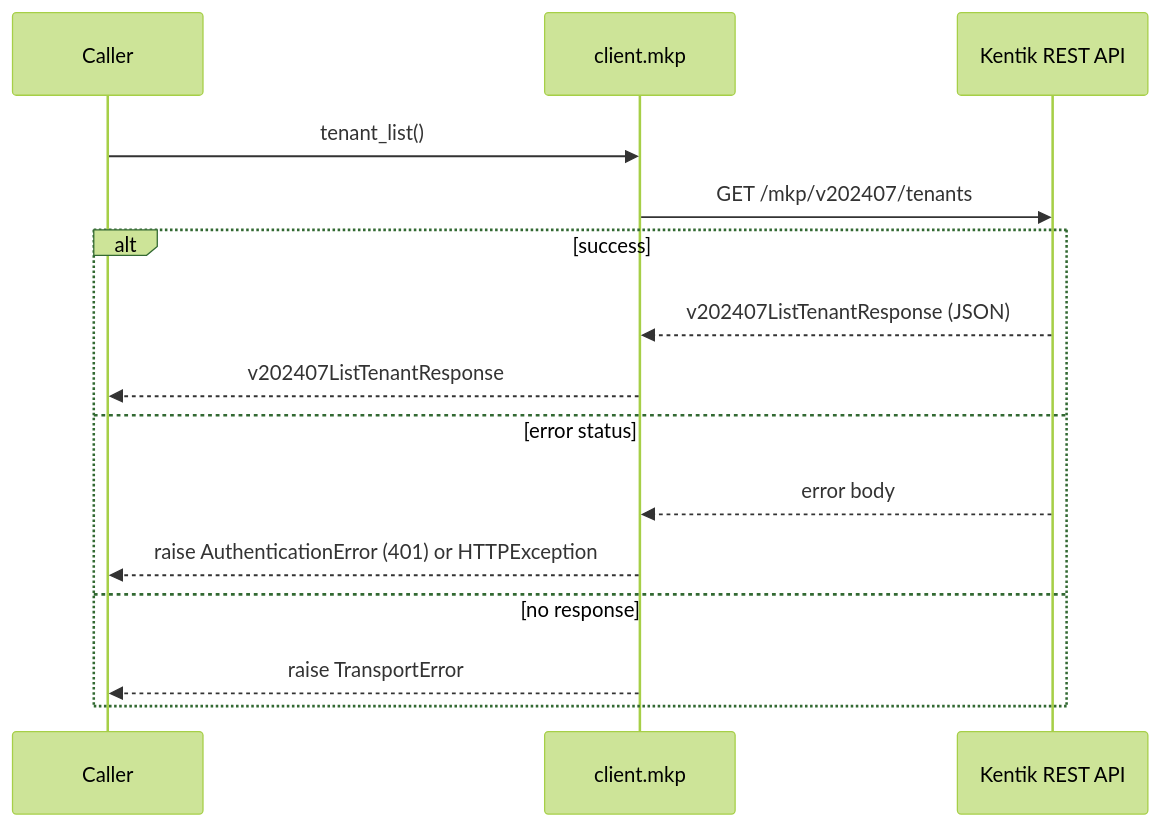
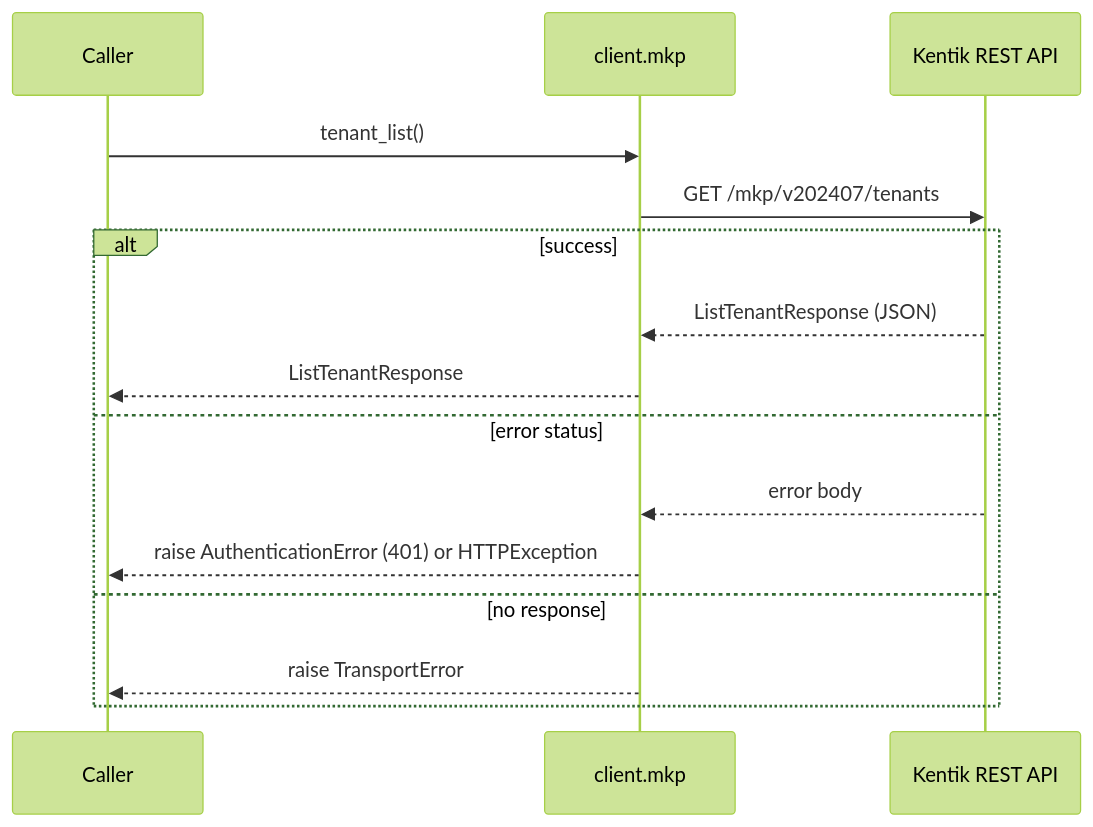
Diagram 12 of 30 in docs/sphinx/services/mkp.md (alexdearaujo/community_sdk_python), drawn with Mermaid (forest theme) before and after one commit. The commit also changed other lines of this file and 38 other files, not shown here.

````diff
--- a/docs/sphinx/services/mkp.md
+++ b/docs/sphinx/services/mkp.md
@@ -414,18 +414,18 @@
 ```mermaid
 sequenceDiagram
     participant C as Caller
     participant W as client.mkp
     participant API as Kentik REST API
 
     C->>W: tenant_list()
     W->>API: GET /mkp/v202407/tenants
     alt success
-        API-->>W: v202407ListTenantResponse (JSON)
-        W-->>C: v202407ListTenantResponse
+        API-->>W: ListTenantResponse (JSON)
+        W-->>C: ListTenantResponse
     else error status
         API-->>W: error body
         W-->>C: raise AuthenticationError (401) or HTTPException
     else no response
         W-->>C: raise TransportError
     end
 ```
````
